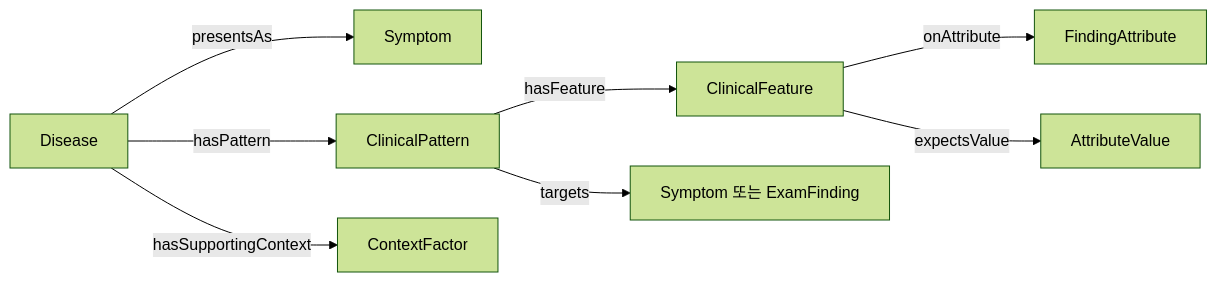
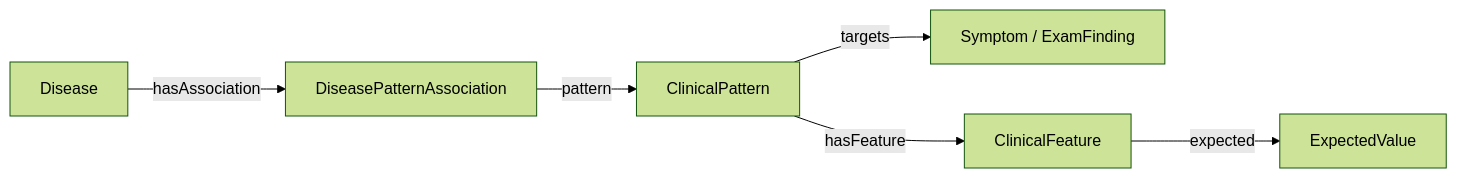
Before and after one commit to devRestain/Ontoward: the diagram in data/ontology/README.md, drawn with Mermaid (forest theme). The commit also changed other lines of this file and 78 other files, not shown here.

````diff
--- a/data/ontology/README.md
+++ b/data/ontology/README.md
@@ -48,10 +5,8 @@
 ```mermaid
 flowchart LR
-    D[Disease] -->|presentsAs| S[Symptom]
-    D -->|hasPattern| P[ClinicalPattern]
+    D[Disease] -->|hasAssociation| A[DiseasePatternAssociation]
+    A -->|pattern| P[ClinicalPattern]
+    P -->|targets| T[Symptom / ExamFinding]
     P -->|hasFeature| F[ClinicalFeature]
-    P -->|targets| T[Symptom 또는 ExamFinding]
-    F -->|onAttribute| A[FindingAttribute]
-    F -->|expectsValue| V[AttributeValue]
-    D -->|hasSupportingContext| C[ContextFactor]
+    F -->|expected| V[ExpectedValue]
 ```
````
